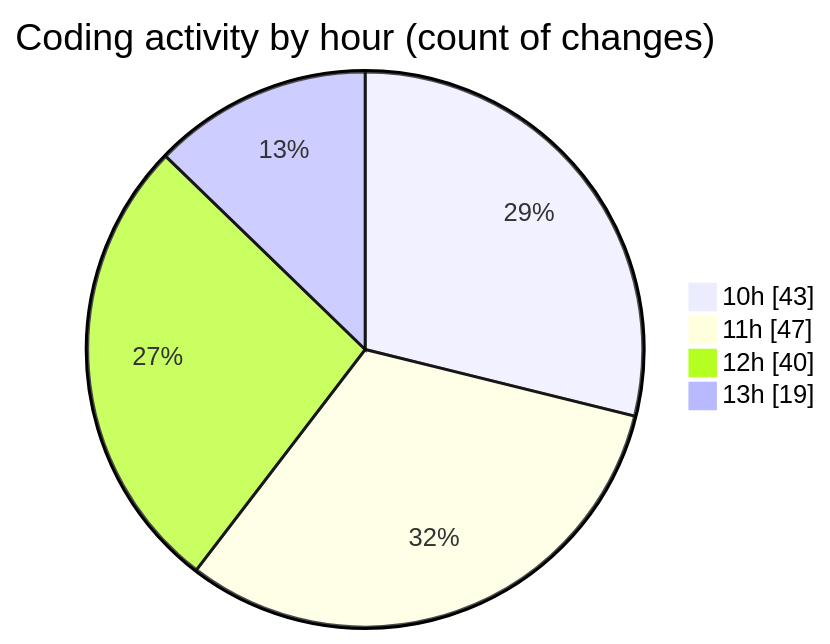
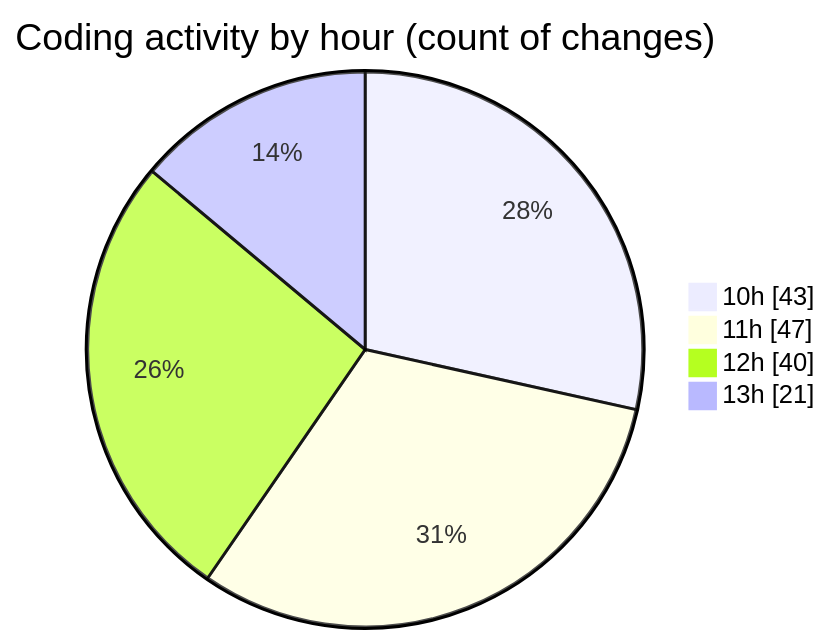
The second of 2 diagrams in 2025-02-10/cda/README.md (momahboobian/code-tracking), drawn with Mermaid before and after one commit. The commit also changed other lines of this file and 1 other file, not shown here.

````diff
--- a/2025-02-10/cda/README.md
+++ b/2025-02-10/cda/README.md
@@ -35,8 +35,8 @@
 ```mermaid
 pie showData
 title Coding activity by hour (count of changes)
 "10h" : 43
 "11h" : 47
 "12h" : 40
-"13h" : 19
+"13h" : 21
 ```
````
